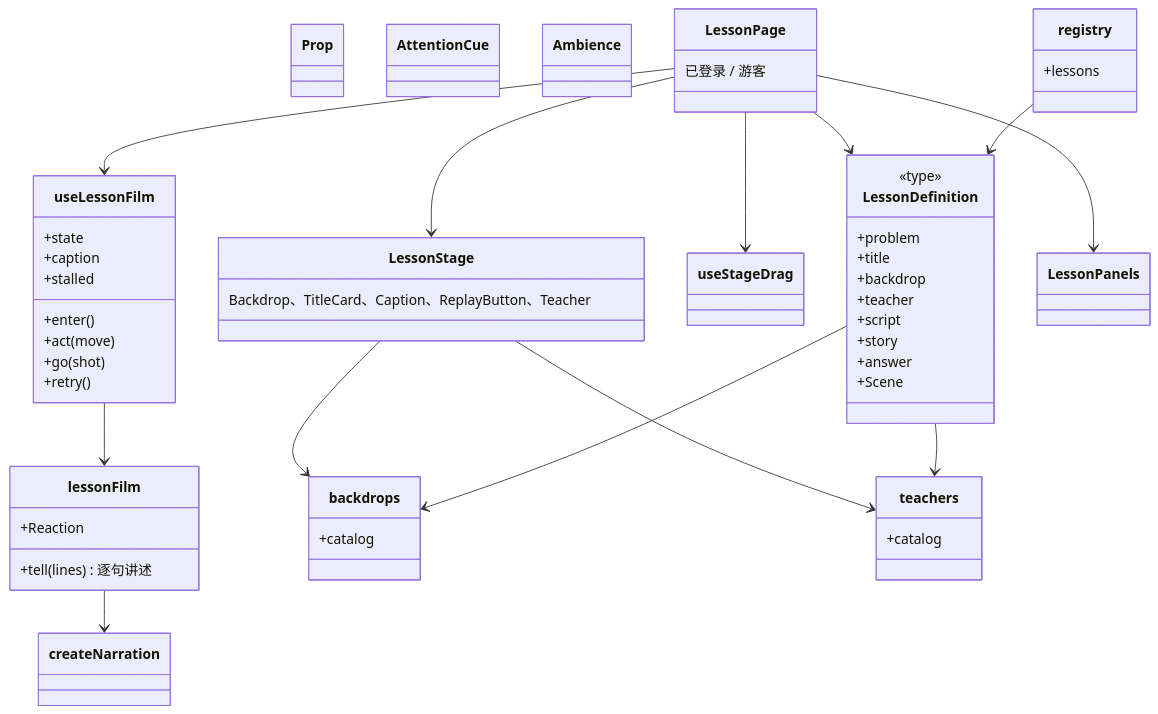
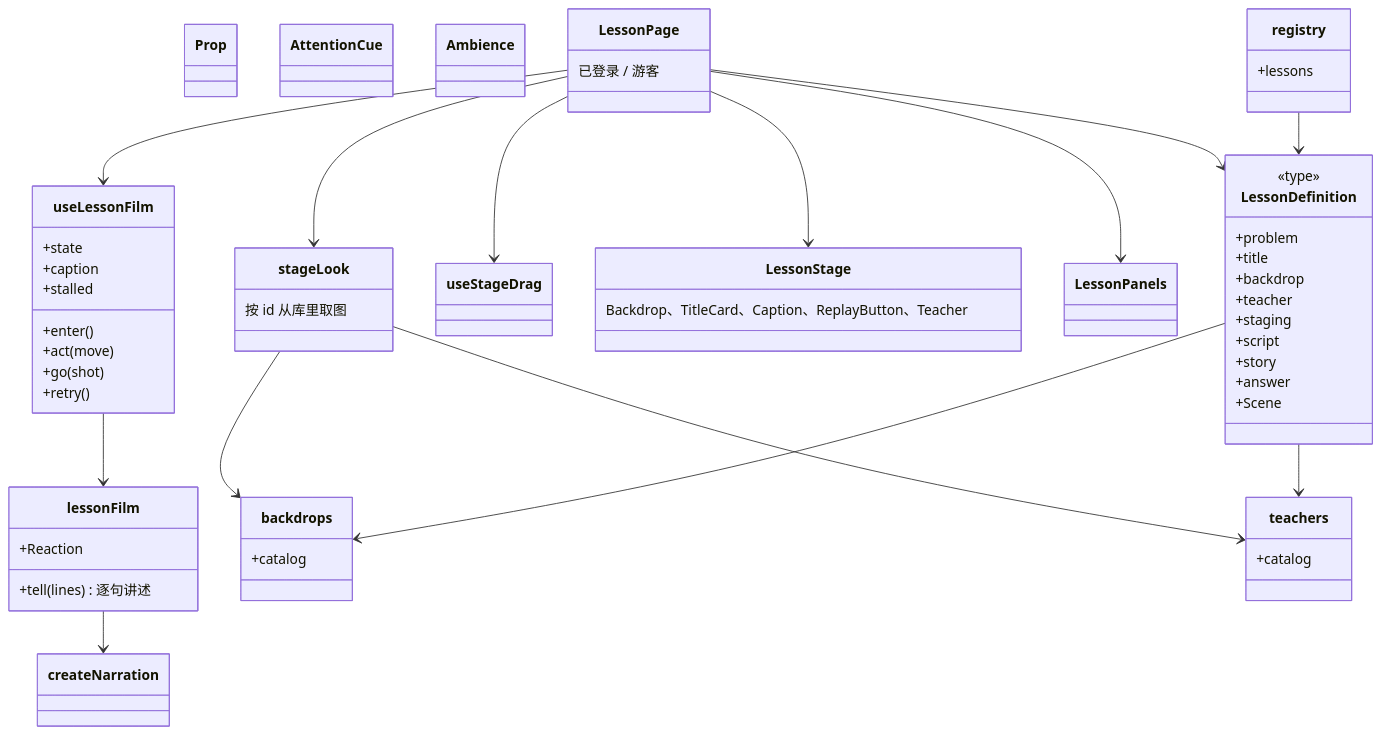
One commit to juanchaopan/education changed the second of 2 diagrams in docs/design/lesson-kit.md. Above: the diagram before and after it, drawn with Mermaid. The commit also changed other lines of this file and 1 other file, not shown here.

````diff
--- a/docs/design/lesson-kit.md
+++ b/docs/design/lesson-kit.md
@@ -70,59 +70,64 @@
 ```mermaid
 classDiagram
   class LessonDefinition {
     <<type>>
     +problem
     +title
     +backdrop
     +teacher
+    +staging
     +script
     +story
     +answer
     +Scene
   }
   class lessonFilm {
     +tell(lines) 逐句讲述
     +Reaction
   }
   class useLessonFilm {
     +state
     +caption
     +stalled
     +enter()
     +act(move)
     +go(shot)
     +retry()
   }
   class useStageDrag
   class LessonStage {
     Backdrop、TitleCard、Caption、ReplayButton、Teacher
   }
   class Prop
   class AttentionCue
   class Ambience
   class LessonPage {
     已登录 / 游客
   }
   class LessonPanels
+  class stageLook {
+    按 id 从库里取图
+  }
   class backdrops {
     +catalog
   }
   class teachers {
     +catalog
   }
   class registry {
     +lessons
   }
   LessonPage --> LessonDefinition
   LessonPage --> useLessonFilm
   LessonPage --> useStageDrag
+  LessonPage --> stageLook
   LessonPage --> LessonStage
   LessonPage --> LessonPanels
   useLessonFilm --> lessonFilm
   lessonFilm --> createNarration
-  LessonStage --> backdrops
-  LessonStage --> teachers
+  stageLook --> backdrops
+  stageLook --> teachers
   LessonDefinition --> backdrops
   LessonDefinition --> teachers
   registry --> LessonDefinition
 ```
````
